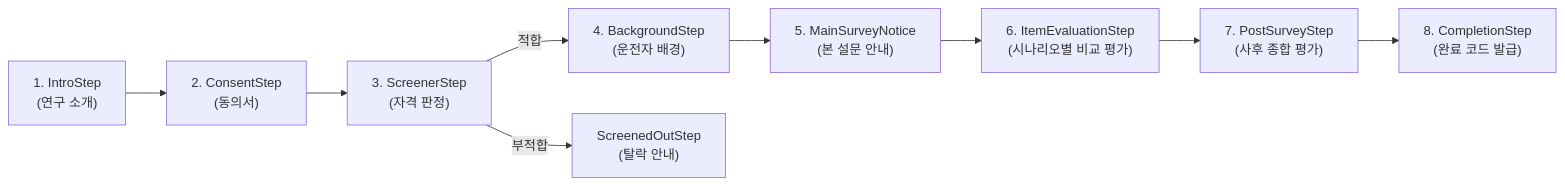
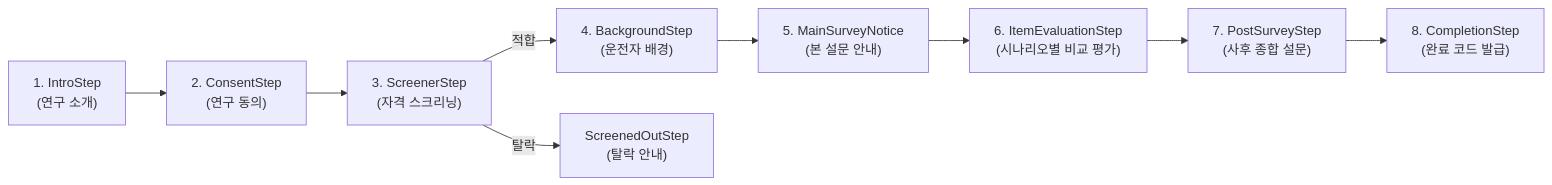
Before and after one commit to eeyunjung/OnDash: the second of 2 diagrams in HANDOVER_SPEC.md, drawn with Mermaid. The commit also changed other lines of this file, not shown here.

````diff
--- a/HANDOVER_SPEC.md
+++ b/HANDOVER_SPEC.md
@@ -107,11 +132,11 @@
 ```mermaid
 flowchart LR
-    A["1. IntroStep<br>(연구 소개)"] --> B["2. ConsentStep<br>(동의서)"]
-    B --> C["3. ScreenerStep<br>(자격 판정)"]
-    C -->|적합| D["4. BackgroundStep<br>(운전자 배경)"]
-    C -->|부적합| X["ScreenedOutStep<br>(탈락 안내)"]
-    D --> E["5. MainSurveyNotice<br>(본 설문 안내)"]
-    E --> F["6. ItemEvaluationStep<br>(시나리오별 비교 평가)"]
-    F --> G["7. PostSurveyStep<br>(사후 종합 평가)"]
-    G --> H["8. CompletionStep<br>(완료 코드 발급)"]
+    Step1["1. IntroStep<br>(연구 소개)"] --> Step2["2. ConsentStep<br>(연구 동의)"]
+    Step2 --> Step3["3. ScreenerStep<br>(자격 스크리닝)"]
+    Step3 -->|적합| Step4["4. BackgroundStep<br>(운전자 배경)"]
+    Step3 -->|탈락| ScreenOut["ScreenedOutStep<br>(탈락 안내)"]
+    Step4 --> Step5["5. MainSurveyNotice<br>(본 설문 안내)"]
+    Step5 --> Step6["6. ItemEvaluationStep<br>(시나리오별 비교 평가)"]
+    Step6 --> Step7["7. PostSurveyStep<br>(사후 종합 설문)"]
+    Step7 --> Step8["8. CompletionStep<br>(완료 코드 발급)"]
 ```
````
